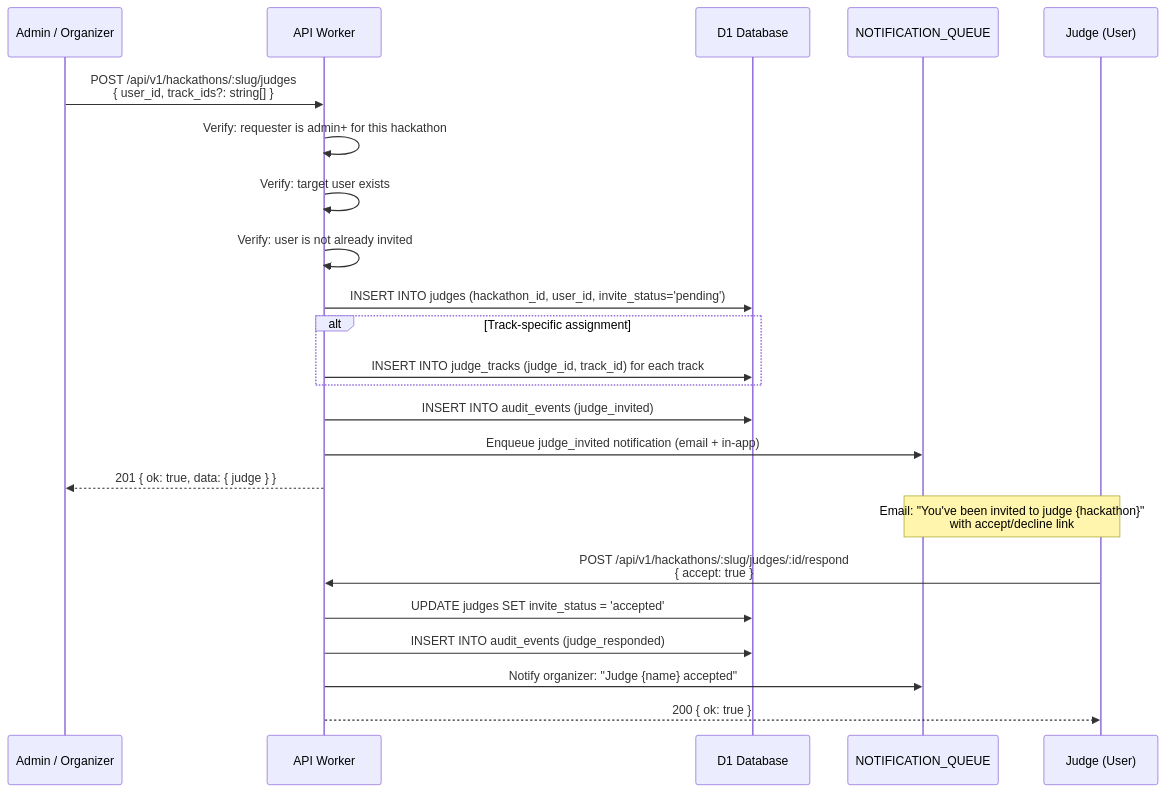
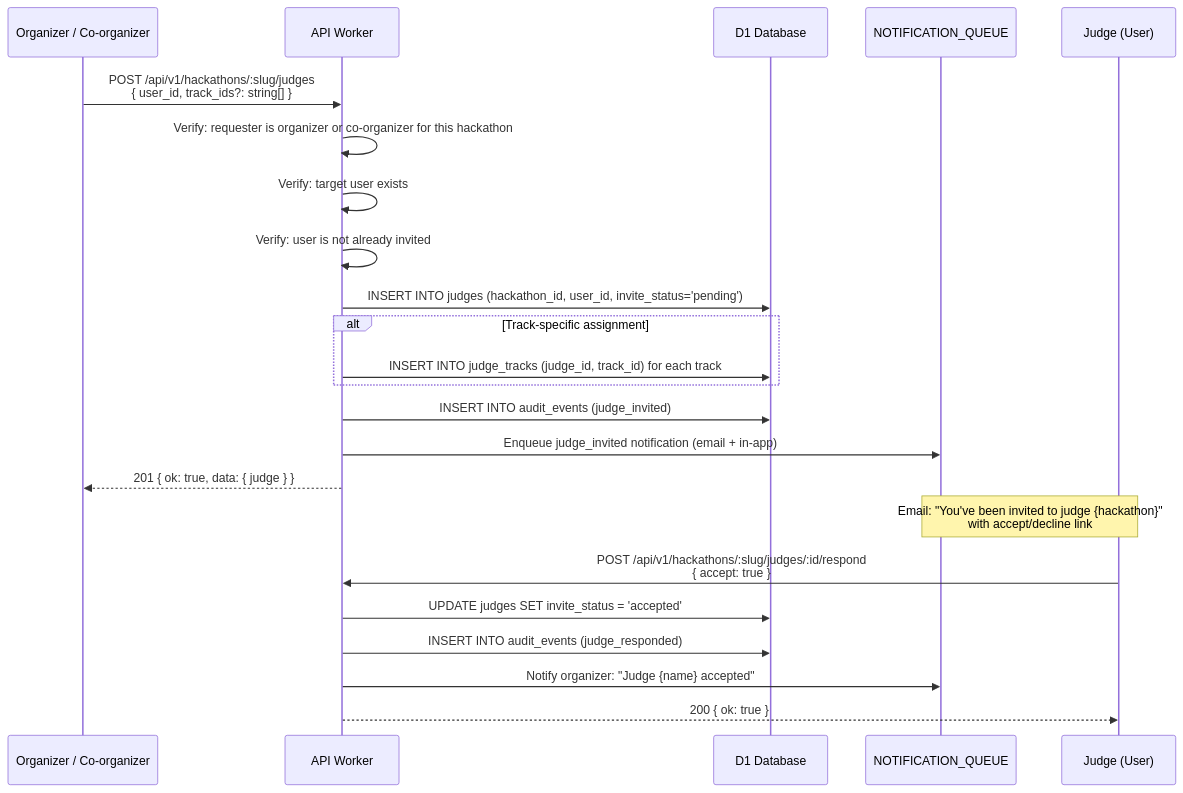
The second of 11 diagrams in docs/v3/planned/judging.md (devangshupandey2025-stack/DevSage), drawn with Mermaid before and after one commit. The commit also changed other lines of this file, not shown here.

````diff
--- a/docs/v3/planned/judging.md
+++ b/docs/v3/planned/judging.md
@@ -155,29 +147,29 @@
 ```mermaid
 sequenceDiagram
-    participant A as Admin / Organizer
+    participant A as Organizer / Co-organizer
     participant W as API Worker
     participant D1 as D1 Database
     participant Q as NOTIFICATION_QUEUE
     participant J as Judge (User)
 
     A->>W: POST /api/v1/hackathons/:slug/judges<br/>{ user_id, track_ids?: string[] }
-    W->>W: Verify: requester is admin+ for this hackathon
+    W->>W: Verify: requester is organizer or co-organizer for this hackathon
     W->>W: Verify: target user exists
     W->>W: Verify: user is not already invited
 
     W->>D1: INSERT INTO judges (hackathon_id, user_id, invite_status='pending')
     alt Track-specific assignment
         W->>D1: INSERT INTO judge_tracks (judge_id, track_id) for each track
     end
     W->>D1: INSERT INTO audit_events (judge_invited)
     W->>Q: Enqueue judge_invited notification (email + in-app)
     W-->>A: 201 { ok: true, data: { judge } }
 
     Note over Q,J: Email: "You've been invited to judge {hackathon}"<br/>with accept/decline link
 
     J->>W: POST /api/v1/hackathons/:slug/judges/:id/respond<br/>{ accept: true }
     W->>D1: UPDATE judges SET invite_status = 'accepted'
     W->>D1: INSERT INTO audit_events (judge_responded)
     W->>Q: Notify organizer: "Judge {name} accepted"
     W-->>J: 200 { ok: true }
 ```
````
